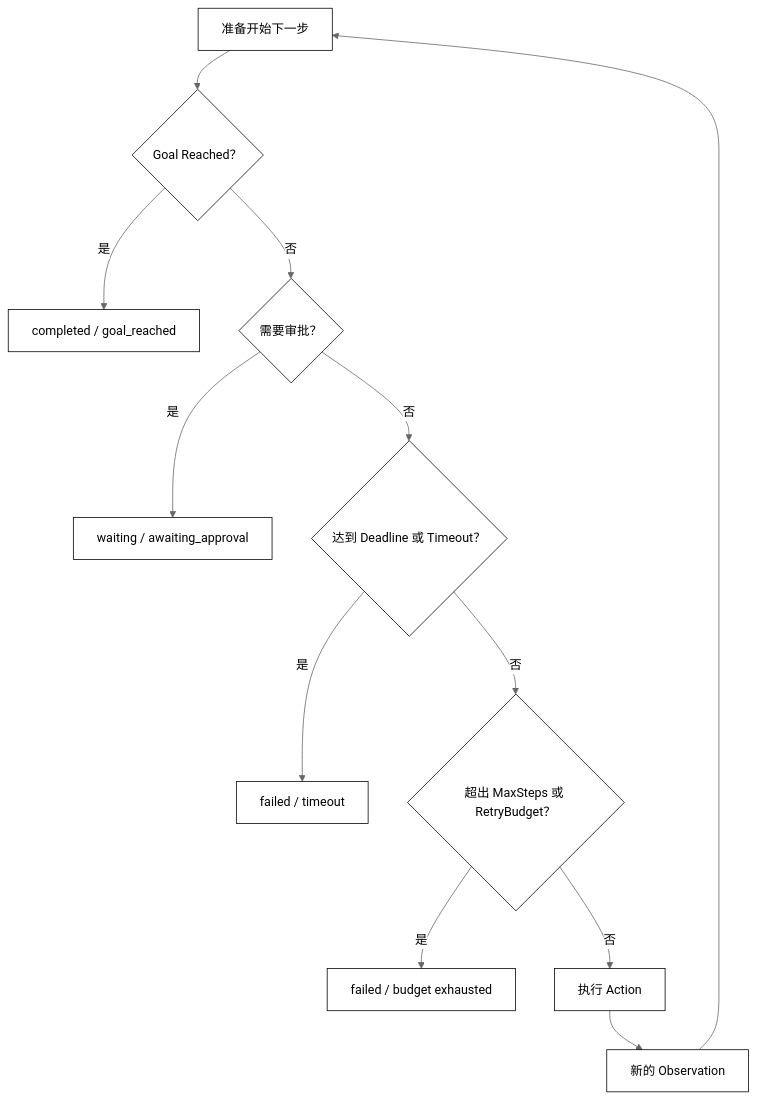
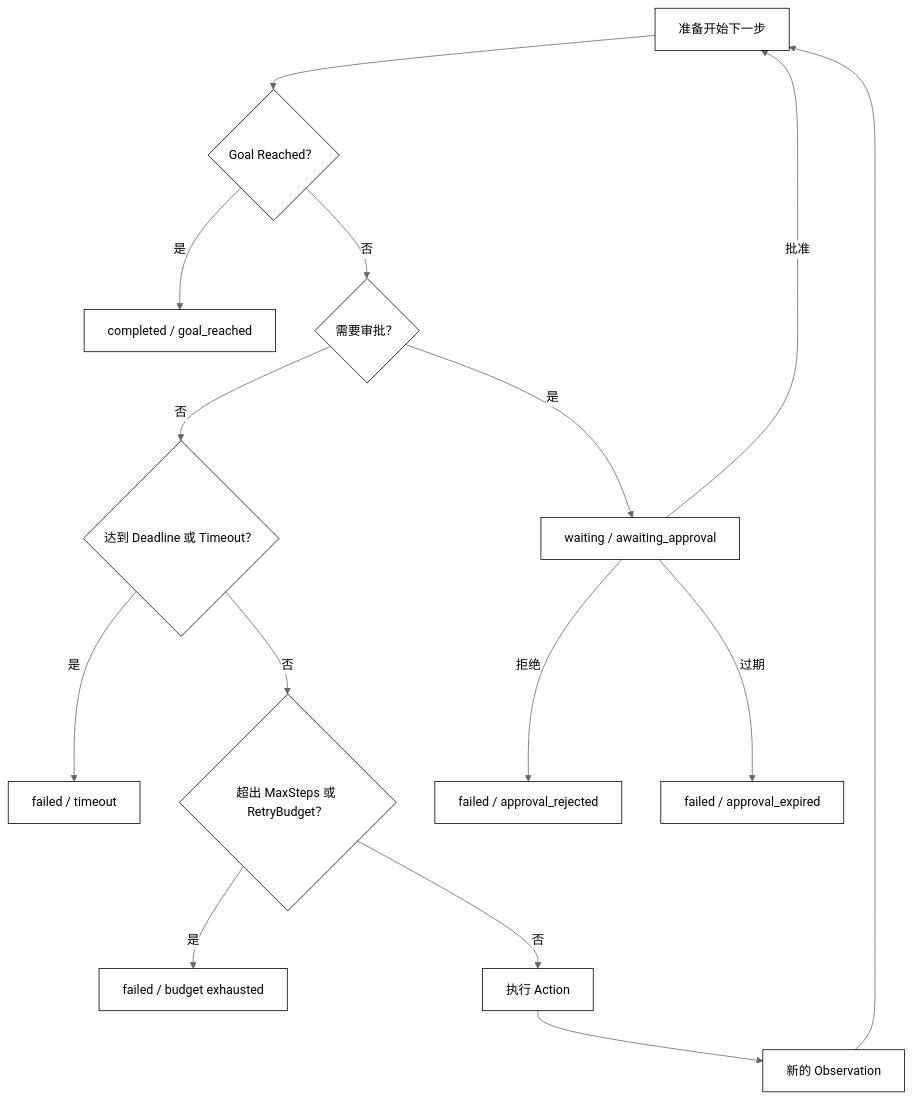
One commit to clint-sfy/clintsfy.github.io changed the diagram in docs/courses/agent/02-Agent基础/06-停止条件超时与失败边界.md. Above: the diagram before and after it, drawn with Mermaid (neutral theme). The commit also changed other lines of this file and 7 other files, not shown here.

Commit message:
fix(agent): refine course mermaid boundaries

````diff
--- a/docs/courses/agent/02-Agent基础/06-停止条件超时与失败边界.md
+++ b/docs/courses/agent/02-Agent基础/06-停止条件超时与失败边界.md
@@ -49,17 +49,20 @@
 ```mermaid
 flowchart TD
     Next["准备开始下一步"] --> Goal{"Goal Reached？"}
     Goal -->|是| Done["completed / goal_reached"]
     Goal -->|否| Approval{"需要审批？"}
     Approval -->|是| Waiting["waiting / awaiting_approval"]
     Approval -->|否| Deadline{"达到 Deadline 或 Timeout？"}
     Deadline -->|是| TimedOut["failed / timeout"]
     Deadline -->|否| Budget{"超出 MaxSteps 或 RetryBudget？"}
     Budget -->|是| BudgetStop["failed / budget exhausted"]
     Budget -->|否| Action["执行 Action"]
     Action --> Observation["新的 Observation"]
     Observation --> Next
+    Waiting -->|批准| Next
+    Waiting -->|拒绝| Rejected["failed / approval_rejected"]
+    Waiting -->|过期| Expired["failed / approval_expired"]
 
     classDef core fill:transparent,stroke:currentColor,color:currentColor,stroke-width:1px;
-    class Next,Goal,Done,Approval,Waiting,Deadline,TimedOut,Budget,BudgetStop,Action,Observation core;
+    class Next,Goal,Done,Approval,Waiting,Deadline,TimedOut,Budget,BudgetStop,Action,Observation,Rejected,Expired core;
 ```
````
